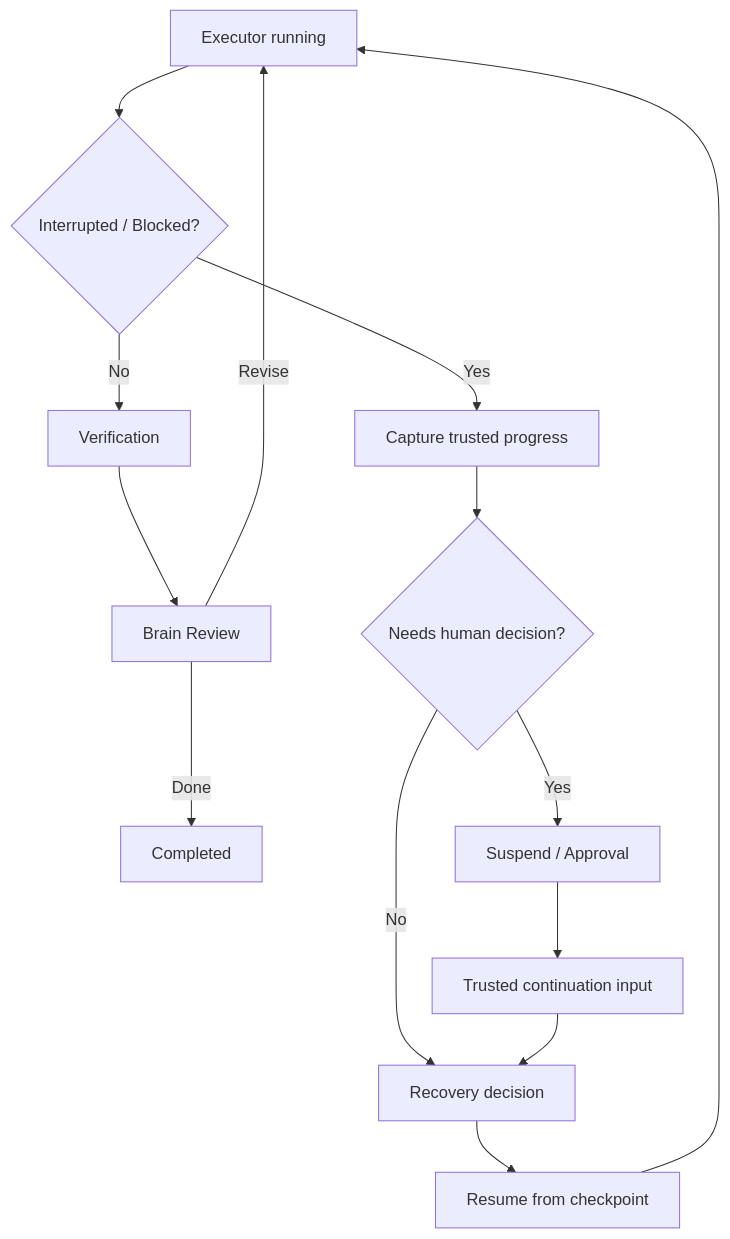
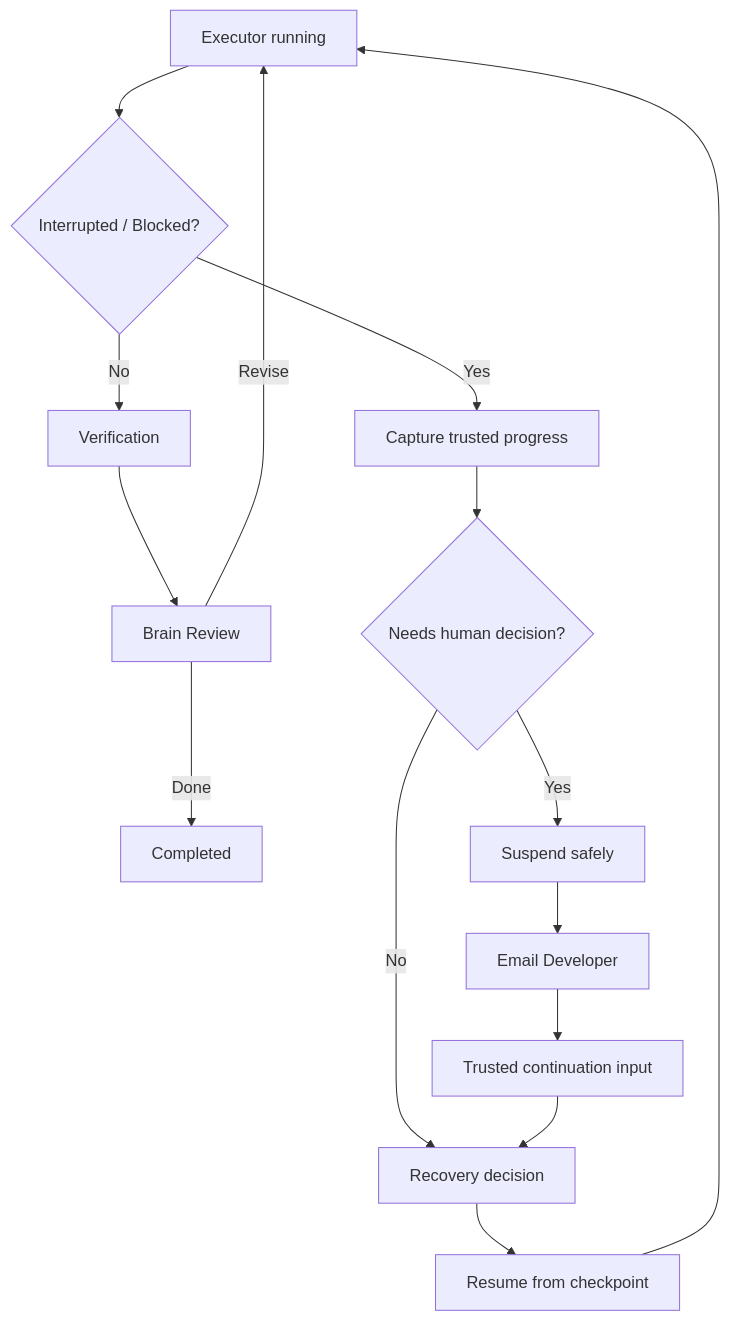
Before and after one commit to weijianjunwjj/nova-wing-showcase: the diagram in docs/verification-recovery.md, drawn with Mermaid. The commit also changed other lines of this file, not shown here.

Commit message:
docs: add notify-and-resume semantics to recovery flow

````diff
--- a/docs/verification-recovery.md
+++ b/docs/verification-recovery.md
@@ -143,17 +164,18 @@
 ```mermaid
 flowchart TD
     A["Executor running"] --> B{"Interrupted / Blocked?"}
     B -->|No| C["Verification"]
     C --> D["Brain Review"]
     D -->|Done| E["Completed"]
     D -->|Revise| A
 
     B -->|Yes| F["Capture trusted progress"]
     F --> G{"Needs human decision?"}
-    G -->|Yes| H["Suspend / Approval"]
-    H --> I["Trusted continuation input"]
+    G -->|Yes| H["Suspend safely"]
+    H --> N["Email Developer"]
+    N --> I["Trusted continuation input"]
     G -->|No| J["Recovery decision"]
     I --> J
     J --> K["Resume from checkpoint"]
     K --> A
 ```
````
